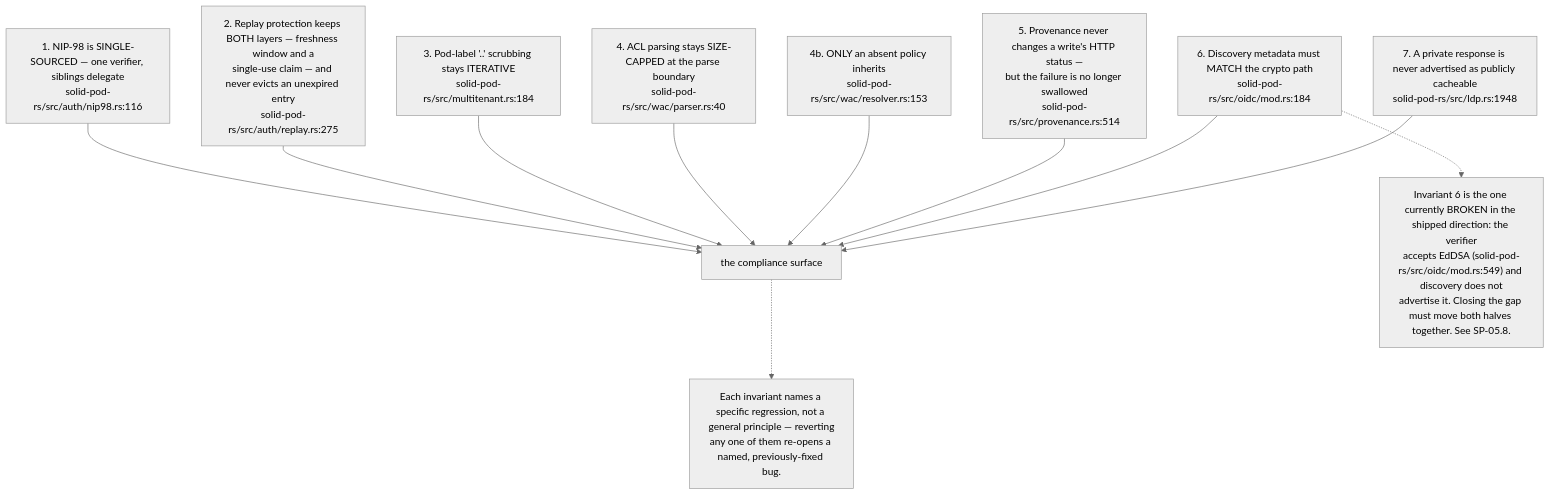
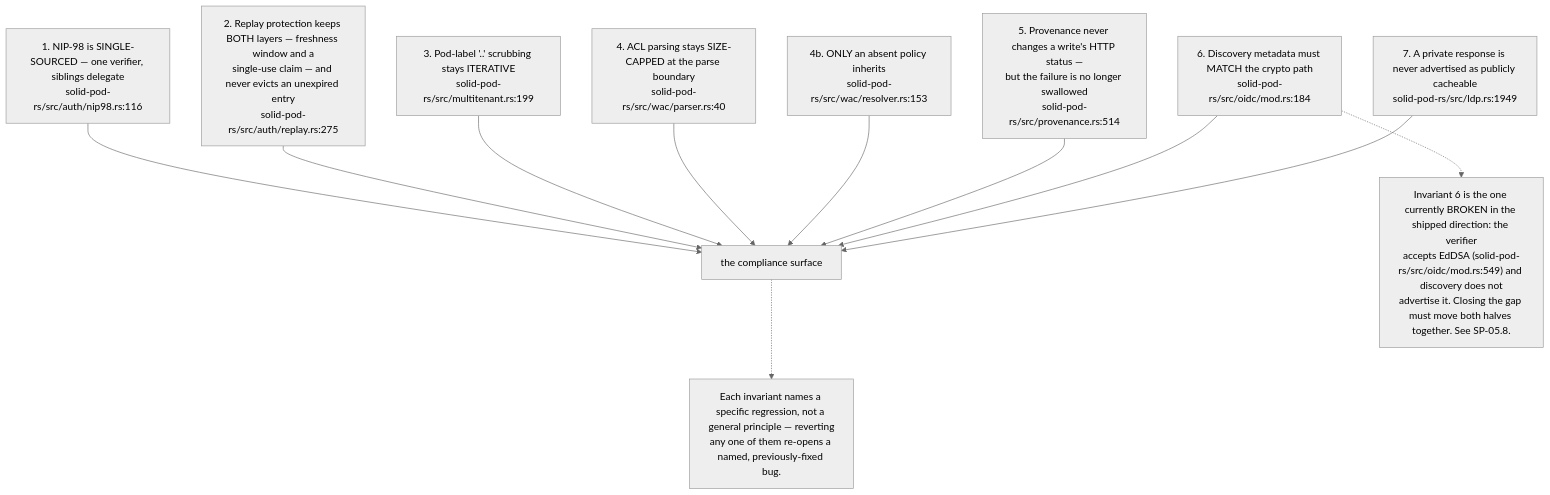
The first of 12 diagrams in docs/diagrams/solid-pod-rs/10-failure-modes-and-invariants.md (DreamLab-AI/VisionFlow), drawn with Mermaid (neutral theme) before and after one commit. The commit also changed other lines of this file and 145 other files, not shown here.

````diff
--- a/docs/diagrams/solid-pod-rs/10-failure-modes-and-invariants.md
+++ b/docs/diagrams/solid-pod-rs/10-failure-modes-and-invariants.md
@@ -45,25 +45,25 @@
 ```mermaid
 flowchart TD
     I1["1. NIP-98 is SINGLE-SOURCED — one verifier, siblings delegate<br/>solid-pod-rs/src/auth/nip98.rs:116"]
     I2["2. Replay protection keeps BOTH layers — freshness window and a<br/>single-use claim — and never evicts an unexpired entry<br/>solid-pod-rs/src/auth/replay.rs:275"]
-    I3["3. Pod-label '..' scrubbing stays ITERATIVE<br/>solid-pod-rs/src/multitenant.rs:184"]
+    I3["3. Pod-label '..' scrubbing stays ITERATIVE<br/>solid-pod-rs/src/multitenant.rs:199"]
     I4["4. ACL parsing stays SIZE-CAPPED at the parse boundary<br/>solid-pod-rs/src/wac/parser.rs:40"]
     I4b["4b. ONLY an absent policy inherits<br/>solid-pod-rs/src/wac/resolver.rs:153"]
     I5["5. Provenance never changes a write's HTTP status —<br/>but the failure is no longer swallowed<br/>solid-pod-rs/src/provenance.rs:514"]
     I6["6. Discovery metadata must MATCH the crypto path<br/>solid-pod-rs/src/oidc/mod.rs:184"]
-    I7["7. A private response is never advertised as publicly cacheable<br/>solid-pod-rs/src/ldp.rs:1948"]
+    I7["7. A private response is never advertised as publicly cacheable<br/>solid-pod-rs/src/ldp.rs:1949"]
 
     I1 --> SUR["the compliance surface"]
     I2 --> SUR
     I3 --> SUR
     I4 --> SUR
     I4b --> SUR
     I5 --> SUR
     I6 --> SUR
     I7 --> SUR
 
     N["Invariant 6 is the one currently BROKEN in the shipped direction: the verifier<br/>accepts EdDSA (solid-pod-rs/src/oidc/mod.rs:549) and discovery does not<br/>advertise it. Closing the gap must move both halves together. See SP-05.8."]
     I6 -.-> N
     N2["Each invariant names a specific regression, not a general principle — reverting<br/>any one of them re-opens a named, previously-fixed bug."]
     SUR -.-> N2
 ```
````
